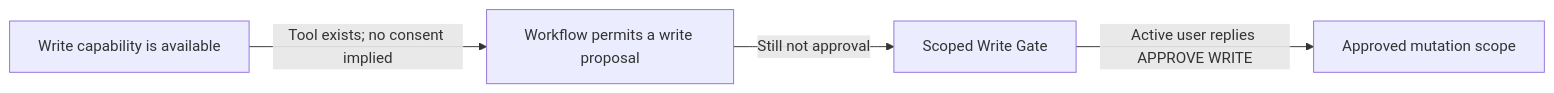
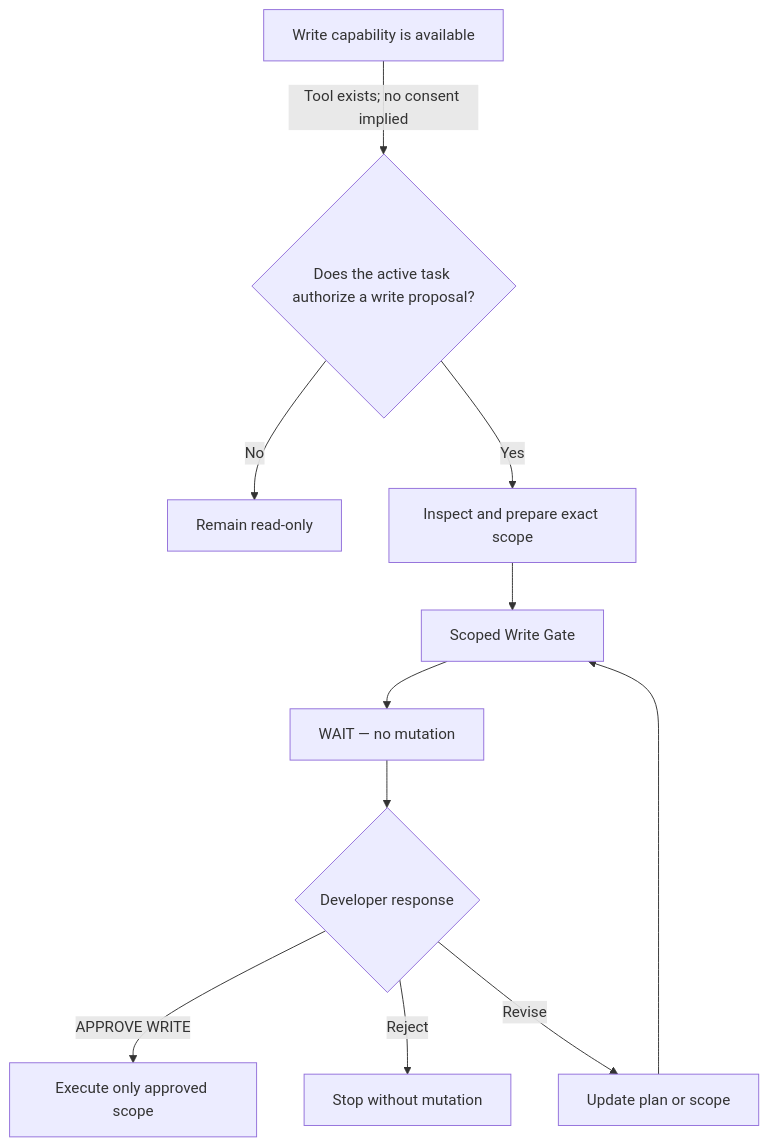
The diagram in docs/approvals.md (mibrahimdesign/agent-os-skill), drawn with Mermaid before and after one commit. The commit also changed other lines of this file and 11 other files, not shown here.

````diff
--- a/docs/approvals.md
+++ b/docs/approvals.md
@@ -8,6 +8,13 @@
 ```mermaid
-flowchart LR
-    A[Write capability is available] -->|Tool exists; no consent implied| B[Workflow permits a write proposal]
-    B -->|Still not approval| C[Scoped Write Gate]
-    C -->|Active user replies APPROVE WRITE| D[Approved mutation scope]
+flowchart TD
+    A[Write capability is available] -->|Tool exists; no consent implied| B{Does the active task authorize a write proposal?}
+    B -->|No| C[Remain read-only]
+    B -->|Yes| D[Inspect and prepare exact scope]
+    D --> E[Scoped Write Gate]
+    E --> F[WAIT — no mutation]
+    F --> G{Developer response}
+    G -->|APPROVE WRITE| H[Execute only approved scope]
+    G -->|Reject| I[Stop without mutation]
+    G -->|Revise| J[Update plan or scope]
+    J --> E
 ```
````
